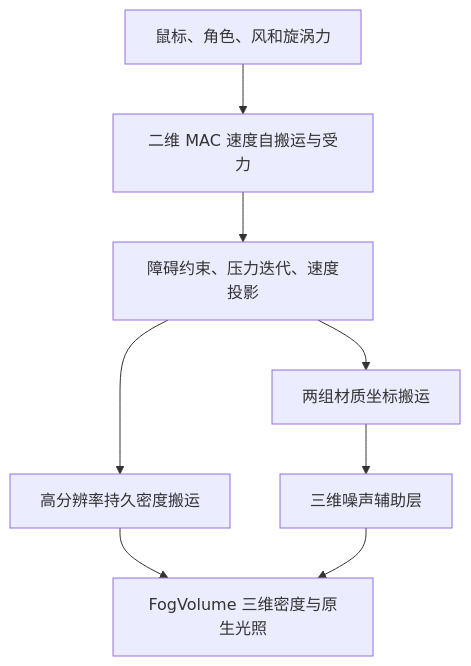
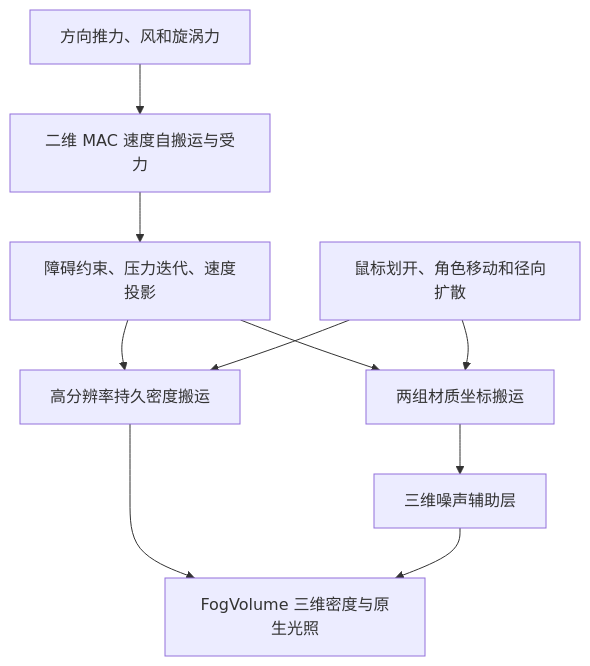
Before and after one commit to AoralsFout/interactive-fog: the diagram in README.md, drawn with Mermaid. The commit also changed other lines of this file and 3 other files, not shown here.

````diff
--- a/README.md
+++ b/README.md
@@ -25,10 +25,12 @@
 ```mermaid
 flowchart TD
-    Input[鼠标、角色、风和旋涡力] --> Velocity[二维 MAC 速度自搬运与受力]
+    Input[方向推力、风和旋涡力] --> Velocity[二维 MAC 速度自搬运与受力]
     Velocity --> Pressure[障碍约束、压力迭代、速度投影]
     Pressure --> Density[高分辨率持久密度搬运]
     Pressure --> Coordinates[两组材质坐标搬运]
+    Part[鼠标划开、角色移动和径向扩散] --> Density
+    Part --> Coordinates
     Density --> Volume[FogVolume 三维密度与原生光照]
     Coordinates --> Noise[三维噪声辅助层]
     Noise --> Volume
 ```
````
